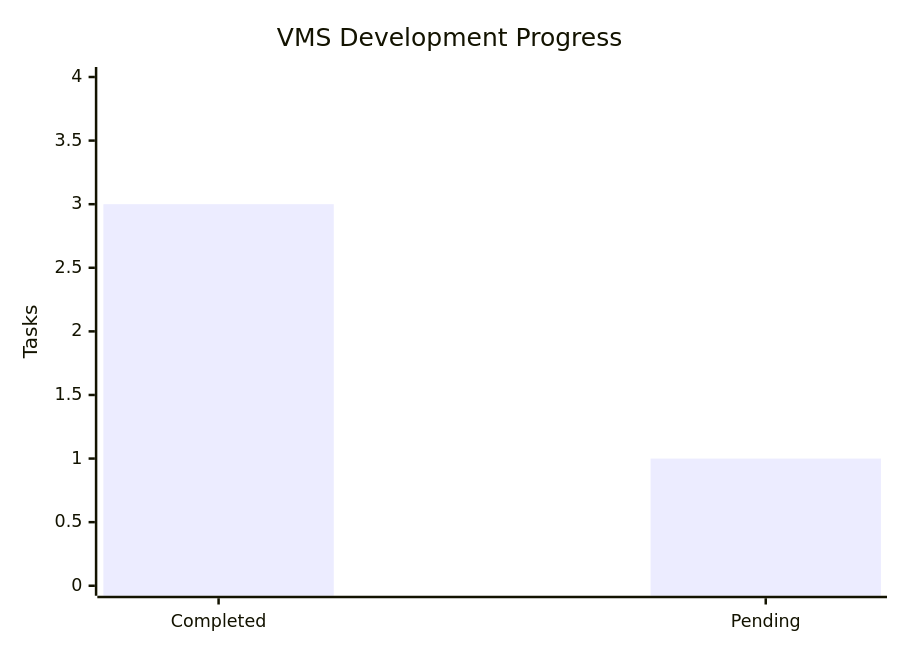
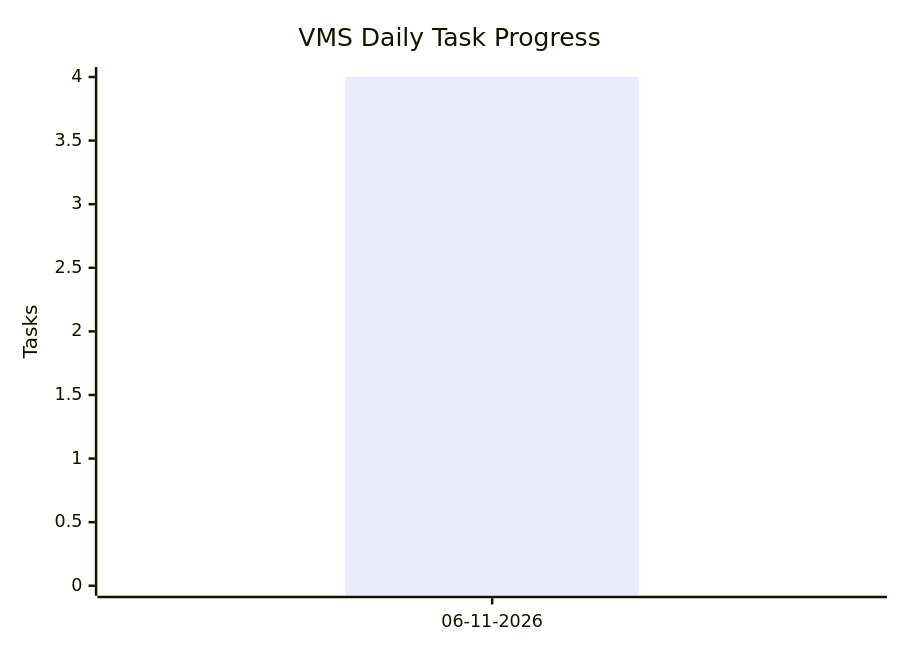
Before and after one commit to Realityspeaker/My-Work-Diary: the second of 2 diagrams in VMS/Analytics.md, drawn with Mermaid. The commit also changed other lines of this file, not shown here.

First line of the commit message:
Revise VMS analytics documentation with new metrics

````diff
--- a/VMS/Analytics.md
+++ b/VMS/Analytics.md
@@ -34,7 +29,8 @@
 ```mermaid
 xychart-beta
-    title "VMS Development Progress"
-    x-axis ["Completed", "Pending"]
+    title "VMS Daily Task Progress"
+    x-axis ["06-11-2026"]
     y-axis "Tasks" 0 --> 4
-    bar [3, 1]
+    bar [4]
+    line [3]
 ```
````
